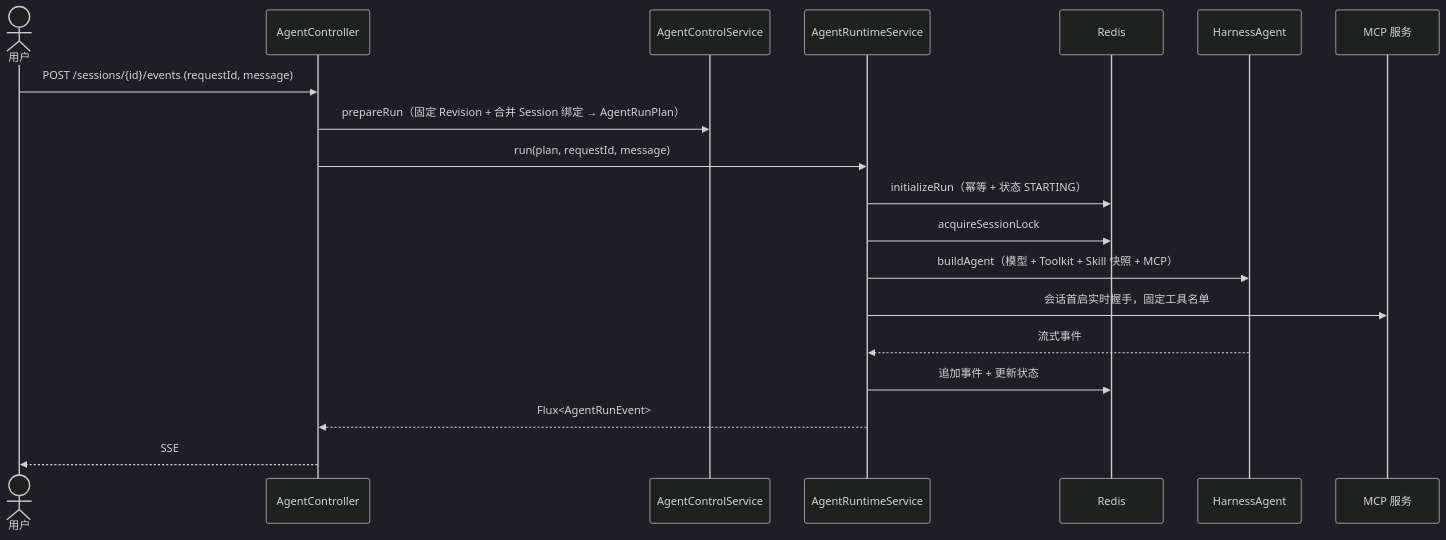
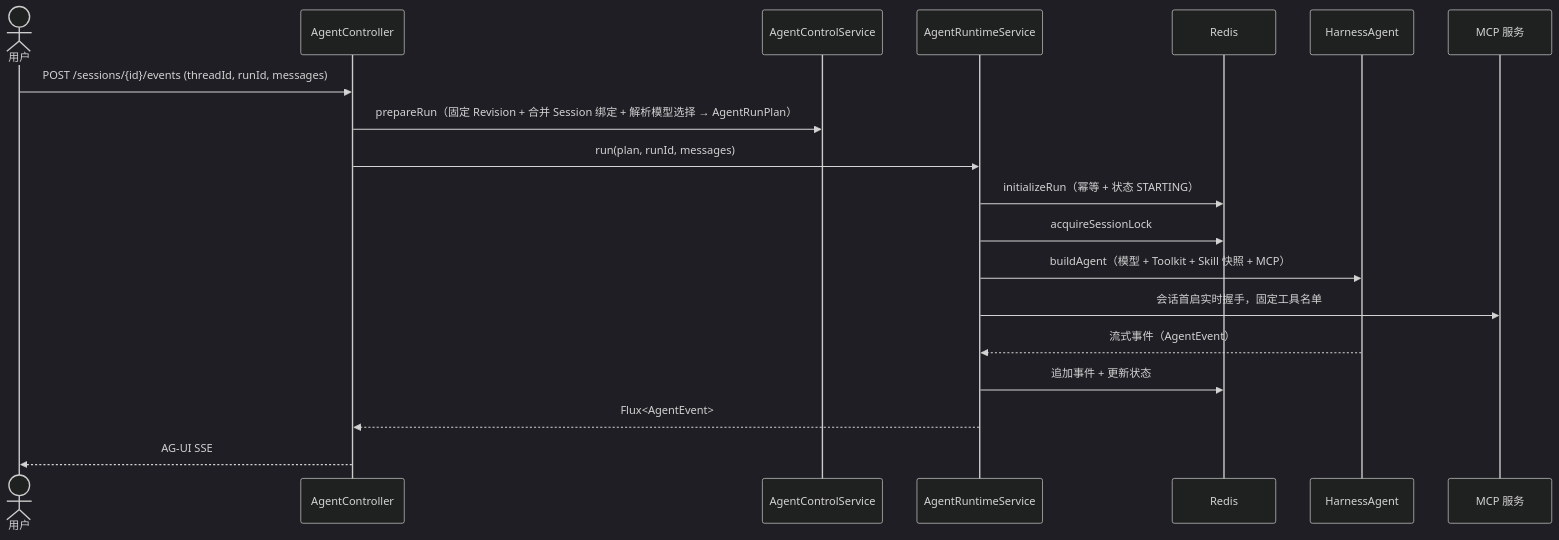
The third of 10 diagrams in docs/agent-module-architecture.md (wzerf/code-temp), drawn with Mermaid (dark theme) before and after one commit. The commit also changed other lines of this file and 49 other files, not shown here.

````diff
--- a/docs/agent-module-architecture.md
+++ b/docs/agent-module-architecture.md
@@ -124,22 +138,22 @@
 ```mermaid
 sequenceDiagram
     actor User as 用户
     participant API as AgentController
     participant CP as AgentControlService
     participant RT as AgentRuntimeService
     participant Redis as Redis
     participant Agent as HarnessAgent
     participant MCP as MCP 服务
 
-    User->>API: POST /sessions/{id}/events (requestId, message)
-    API->>CP: prepareRun（固定 Revision + 合并 Session 绑定 → AgentRunPlan）
-    API->>RT: run(plan, requestId, message)
+    User->>API: POST /sessions/{id}/events (threadId, runId, messages)
+    API->>CP: prepareRun（固定 Revision + 合并 Session 绑定 + 解析模型选择 → AgentRunPlan）
+    API->>RT: run(plan, runId, messages)
     RT->>Redis: initializeRun（幂等 + 状态 STARTING）
     RT->>Redis: acquireSessionLock
     RT->>Agent: buildAgent（模型 + Toolkit + Skill 快照 + MCP）
     RT->>MCP: 会话首启实时握手，固定工具名单
-    Agent-->>RT: 流式事件
+    Agent-->>RT: 流式事件（AgentEvent）
     RT->>Redis: 追加事件 + 更新状态
-    RT-->>API: Flux<AgentRunEvent>
-    API-->>User: SSE
+    RT-->>API: Flux<AgentEvent>
+    API-->>User: AG-UI SSE
 ```
````
